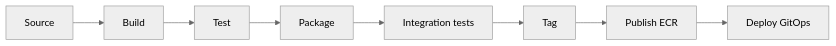
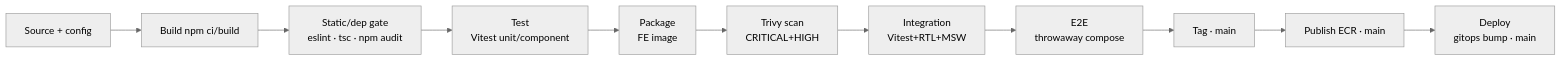
One commit to Steve-droid/modelmatch-frontend changed the diagram in README.md. Above: the diagram before and after it, drawn with Mermaid (neutral theme). The commit also changed other lines of this file, not shown here.

````diff
--- a/README.md
+++ b/README.md
@@ -160,10 +189,13 @@
 ```mermaid
 graph LR
-    A[Source] --> B[Build]
-    B --> C[Test]
-    C --> D[Package]
-    D --> E[Integration tests]
-    E --> F[Tag]
-    F --> G[Publish ECR]
-    G --> H[Deploy GitOps]
+    A[Source + config] --> B[Build npm ci/build]
+    B --> C[Static/dep gate<br/>eslint · tsc · npm audit]
+    C --> D[Test<br/>Vitest unit/component]
+    D --> E[Package<br/>FE image]
+    E --> F[Trivy scan<br/>CRITICAL+HIGH]
+    F --> G[Integration<br/>Vitest+RTL+MSW]
+    G --> H[E2E<br/>throwaway compose]
+    H --> I[Tag · main]
+    I --> J[Publish ECR · main]
+    J --> K[Deploy<br/>gitops bump · main]
 ```
````
